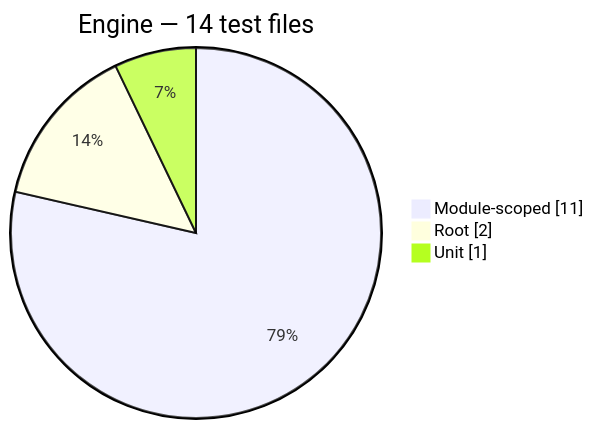
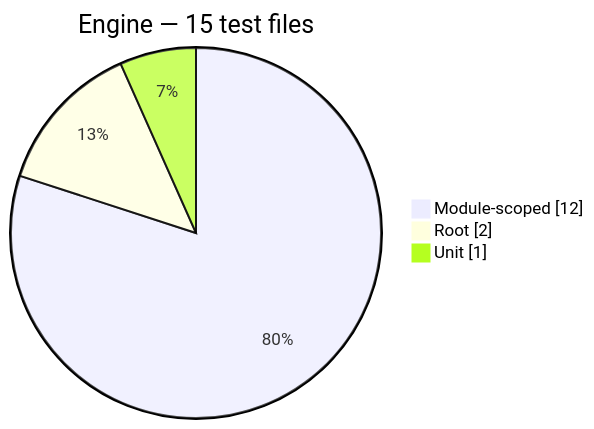
One commit to PHP-Arazzo/php-arazzo changed the sixth of 13 diagrams in docs/generated/test-composition.md. Above: the diagram before and after it, drawn with Mermaid. The commit also changed other lines of this file and 13 other files, not shown here.

````diff
--- a/docs/generated/test-composition.md
+++ b/docs/generated/test-composition.md
@@ -90,7 +90,7 @@
 ```mermaid
 pie showData
-    title Engine — 14 test files
-    "Module-scoped": 11
+    title Engine — 15 test files
+    "Module-scoped": 12
     "Root": 2
     "Unit": 1
 ```
````
